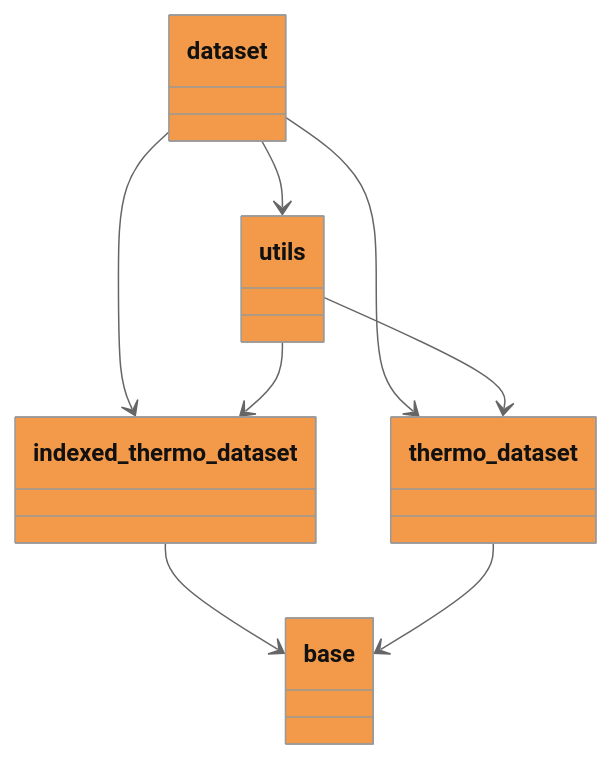
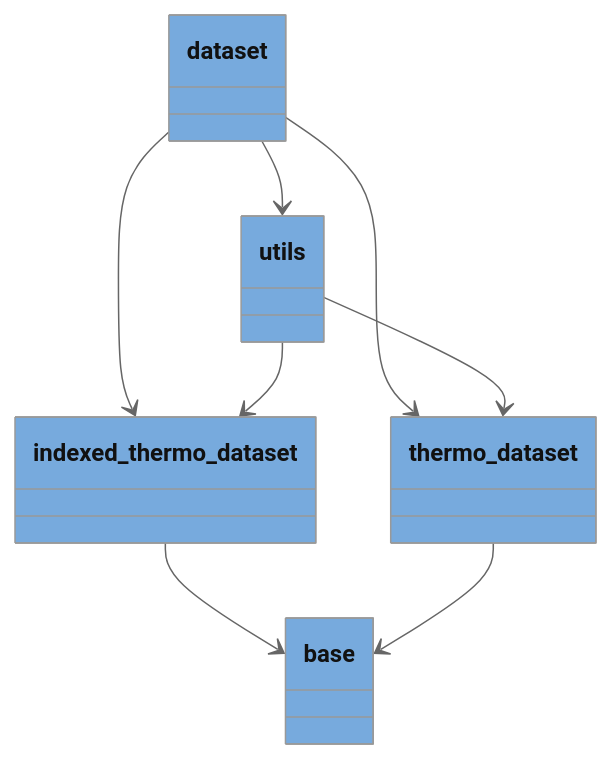
Before and after one commit to voidsy-gmbh/pyThermoNDT: the diagram in docs/pyreverse/mermaid/packages_pythermondt.dataset.mmd, drawn with Mermaid (neutral theme). The commit also changed 59 other files, not shown here.

Commit message:
Update mermaid diagrams

```diff
--- a/docs/pyreverse/mermaid/packages_pythermondt.dataset.mmd
+++ b/docs/pyreverse/mermaid/packages_pythermondt.dataset.mmd
@@ -1,23 +1,23 @@
 classDiagram
   class dataset {
   }
-  style dataset fill:#F2994A
+  style dataset fill:#77AADD
   class base {
   }
-  style base fill:#F2994A
+  style base fill:#77AADD
   class indexed_thermo_dataset {
   }
-  style indexed_thermo_dataset fill:#F2994A
+  style indexed_thermo_dataset fill:#77AADD
   class thermo_dataset {
   }
-  style thermo_dataset fill:#F2994A
+  style thermo_dataset fill:#77AADD
   class utils {
   }
-  style utils fill:#F2994A
+  style utils fill:#77AADD
   dataset --> indexed_thermo_dataset
   dataset --> thermo_dataset
   dataset --> utils
   indexed_thermo_dataset --> base
   thermo_dataset --> base
   utils --> indexed_thermo_dataset
   utils --> thermo_dataset
```
